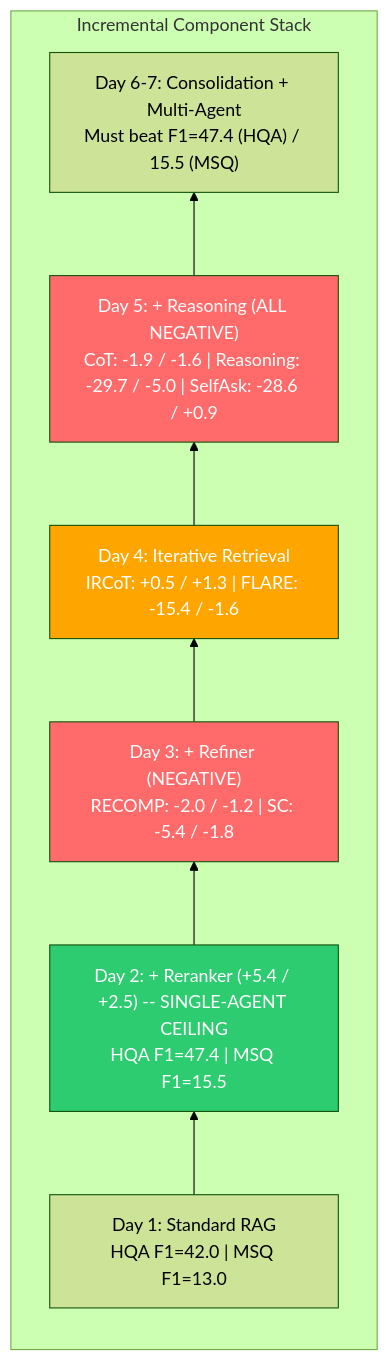
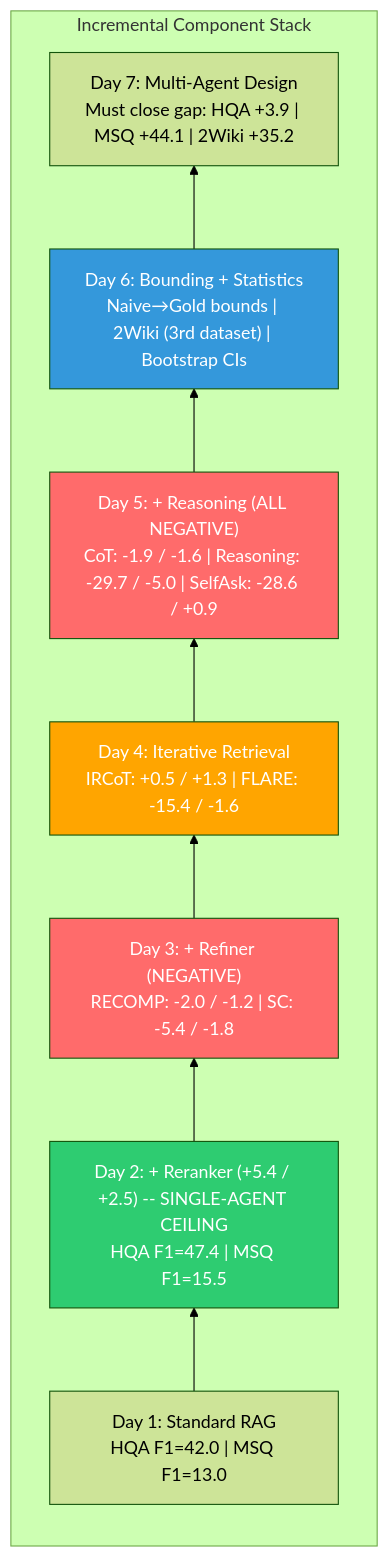
Diagram 28 of 32 in plans/feb5-key-findings.md (pradyutnair/msc-thesis), drawn with Mermaid (forest theme) before and after one commit. The commit also changed other lines of this file and 30 other files, not shown here.

First line of the commit message:
Day 6: Bounding experiments, statistical analysis, error taxonomy

````diff
--- a/plans/feb5-key-findings.md
+++ b/plans/feb5-key-findings.md
@@ -403,19 +407,21 @@
 ```mermaid
 flowchart BT
     subgraph stack["Incremental Component Stack"]
         direction BT
         S1["Day 1: Standard RAG\nHQA F1=42.0 | MSQ F1=13.0"]
         S2["Day 2: + Reranker (+5.4 / +2.5) -- SINGLE-AGENT CEILING\nHQA F1=47.4 | MSQ F1=15.5"]
         S3["Day 3: + Refiner (NEGATIVE)\nRECOMP: -2.0 / -1.2 | SC: -5.4 / -1.8"]
         S4["Day 4: Iterative Retrieval\nIRCoT: +0.5 / +1.3 | FLARE: -15.4 / -1.6"]
         S5["Day 5: + Reasoning (ALL NEGATIVE)\nCoT: -1.9 / -1.6 | Reasoning: -29.7 / -5.0 | SelfAsk: -28.6 / +0.9"]
-        S6["Day 6-7: Consolidation + Multi-Agent\nMust beat F1=47.4 (HQA) / 15.5 (MSQ)"]
+        S6["Day 6: Bounding + Statistics\nNaive→Gold bounds | 2Wiki (3rd dataset) | Bootstrap CIs"]
+        S7["Day 7: Multi-Agent Design\nMust close gap: HQA +3.9 | MSQ +44.1 | 2Wiki +35.2"]
 
-        S1 --> S2 --> S3 --> S4 --> S5 --> S6
+        S1 --> S2 --> S3 --> S4 --> S5 --> S6 --> S7
     end
 
     style S2 fill:#2ecc71,color:#fff
     style S3 fill:#ff6b6b,color:#fff
     style S4 fill:#ffa500,color:#fff
     style S5 fill:#ff6b6b,color:#fff
+    style S6 fill:#3498db,color:#fff
 ```
````
